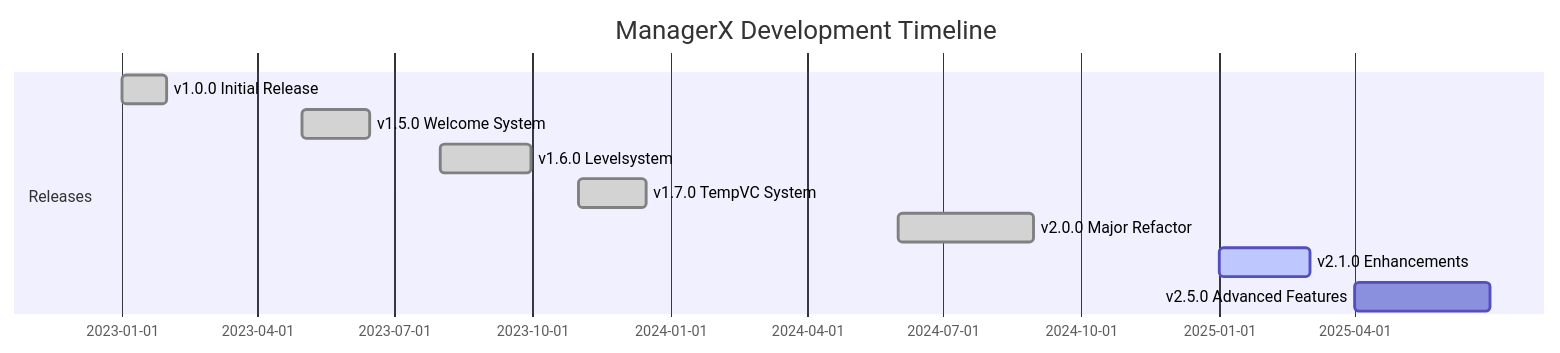
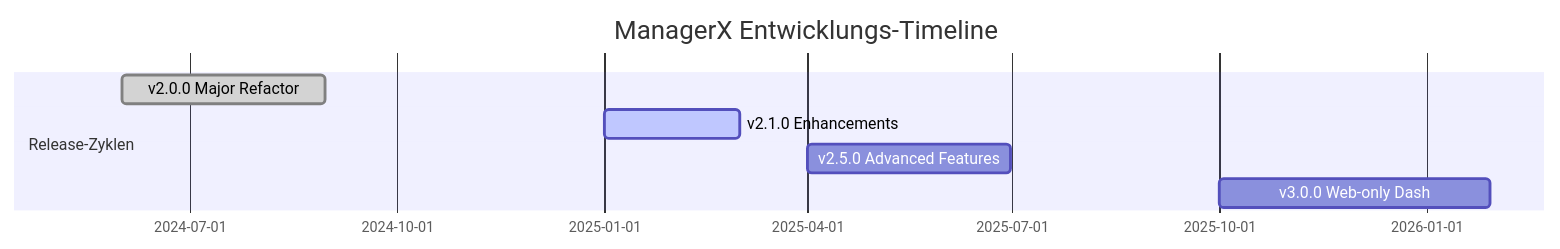
Before and after one commit to ManagerX-Development/ManagerX: the diagram in README.md, drawn with Mermaid. The commit also changed other lines of this file and 5 other files, not shown here.

````diff
--- a/README.md
+++ b/README.md
@@ -650,13 +317,10 @@
 ```mermaid
 gantt
-    title ManagerX Development Timeline
+    title ManagerX Entwicklungs-Timeline
     dateFormat YYYY-MM-DD
-    section Releases
-    v1.0.0 Initial Release     :done, 2023-01-01, 30d
-    v1.5.0 Welcome System      :done, 2023-05-01, 45d
-    v1.6.0 Levelsystem         :done, 2023-08-01, 60d
-    v1.7.0 TempVC System       :done, 2023-11-01, 45d
+    section Release-Zyklen
     v2.0.0 Major Refactor      :done, 2024-06-01, 90d
     v2.1.0 Enhancements        :active, 2025-01-01, 60d
     v2.5.0 Advanced Features   :2025-04-01, 90d
+    v3.0.0 Web-only Dash       :2025-10-01, 120d
 ```
````
